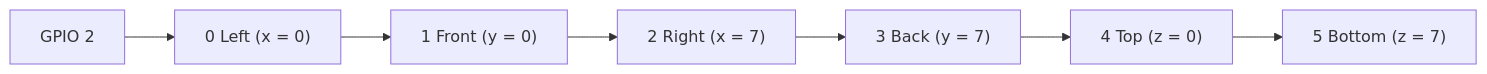
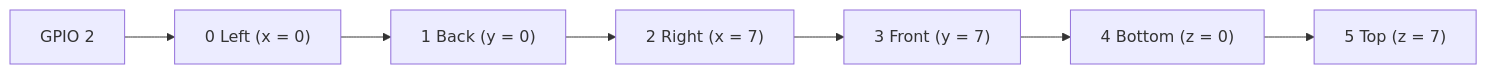
Before and after one commit to psytraxx/gravity-cube-espidf: the first of 2 diagrams in README.md, drawn with Mermaid. The commit also changed other lines of this file and 14 other files, not shown here.

````diff
--- a/README.md
+++ b/README.md
@@ -38,5 +37,5 @@
 ```mermaid
 flowchart LR
-    ESP[GPIO 2] --> P0["0 Left (x = 0)"] --> P1["1 Front (y = 0)"] --> P2["2 Right (x = 7)"]
-    P2 --> P3["3 Back (y = 7)"] --> P4["4 Top (z = 0)"] --> P5["5 Bottom (z = 7)"]
+    ESP[GPIO 2] --> P0["0 Left (x = 0)"] --> P1["1 Back (y = 0)"] --> P2["2 Right (x = 7)"]
+    P2 --> P3["3 Front (y = 7)"] --> P4["4 Bottom (z = 0)"] --> P5["5 Top (z = 7)"]
 ```
````
